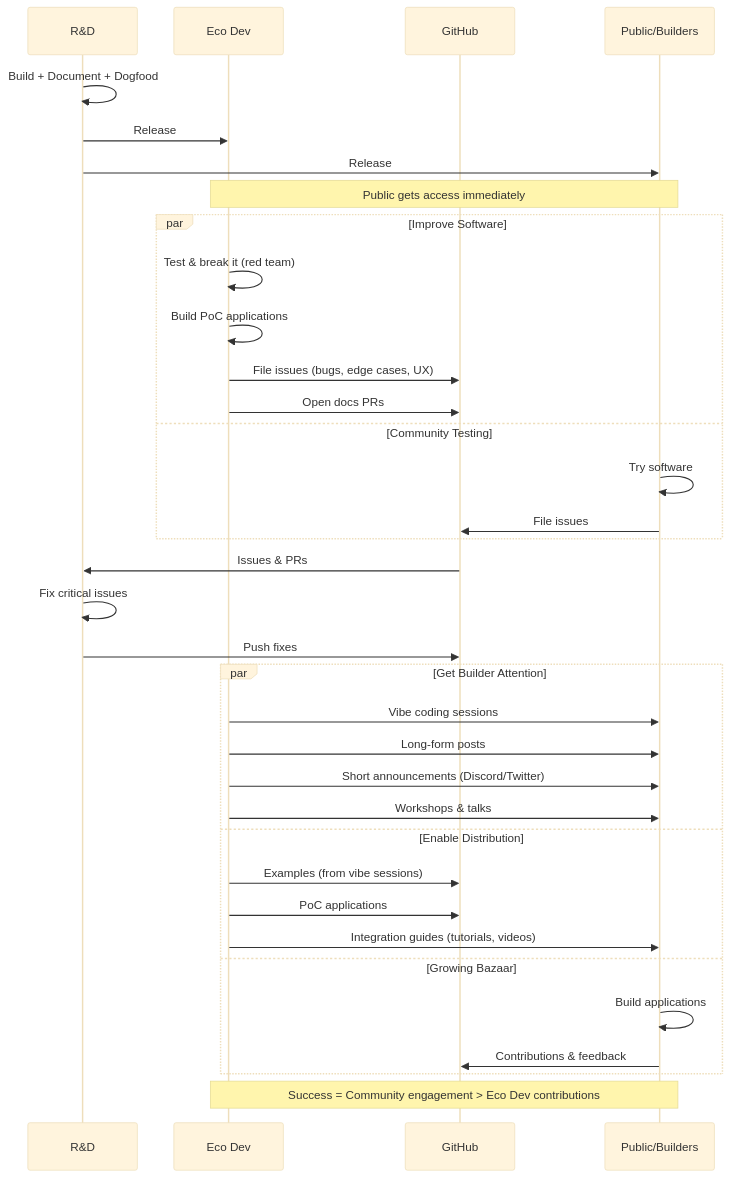
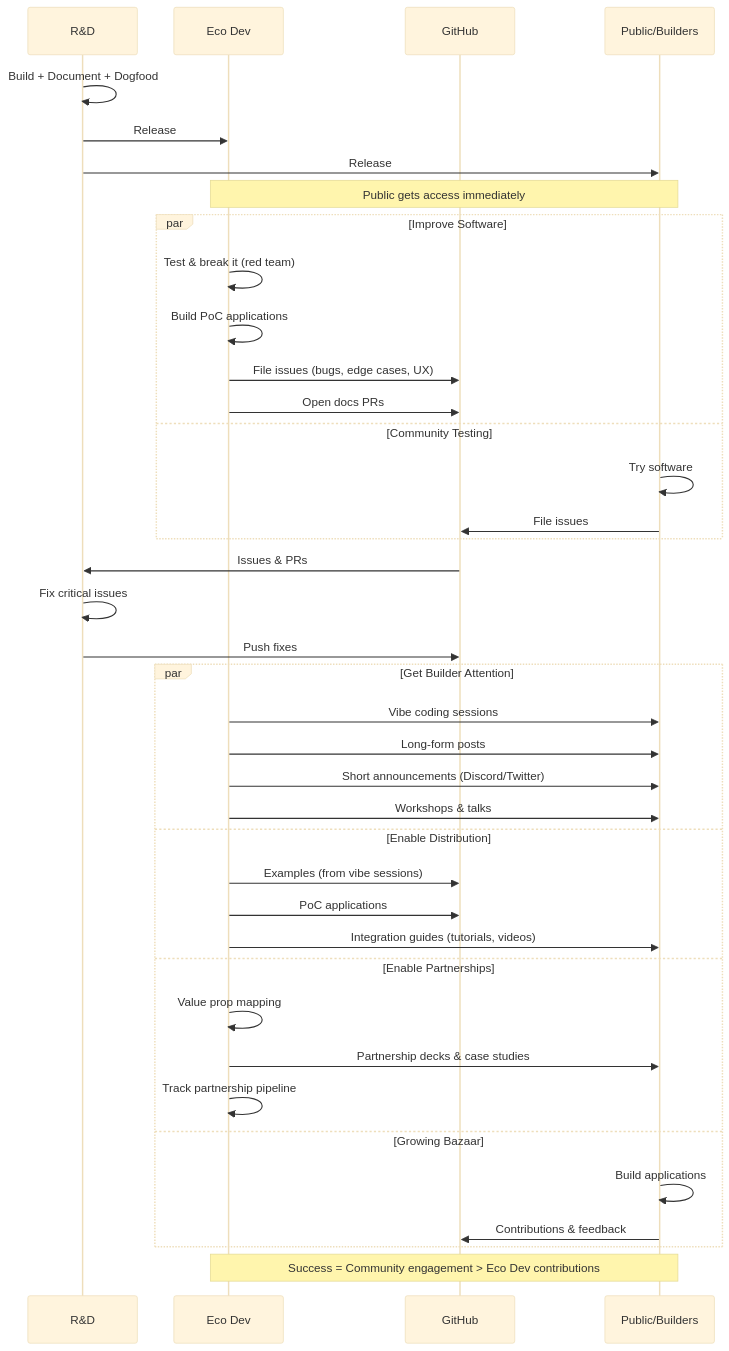
The diagram in content/handoff.md (logos-co/ecosystem), drawn with Mermaid (base theme) before and after one commit. The commit also changed other lines of this file, not shown here.

````diff
--- a/content/handoff.md
+++ b/content/handoff.md
@@ -81,43 +95,47 @@
 ```mermaid
 sequenceDiagram
     participant RD as R&D
     participant ED as Eco Dev
     participant GH as GitHub
     participant PUB as Public/Builders
 
     RD->>RD: Build + Document + Dogfood
     RD->>ED: Release
     RD->>PUB: Release
 
     Note over ED,PUB: Public gets access immediately
 
     par Improve Software
         ED->>ED: Test & break it (red team)
         ED->>ED: Build PoC applications
         ED->>GH: File issues (bugs, edge cases, UX)
         ED->>GH: Open docs PRs
     and Community Testing
         PUB->>PUB: Try software
         PUB->>GH: File issues
     end
 
     GH->>RD: Issues & PRs
     RD->>RD: Fix critical issues
     RD->>GH: Push fixes
 
     par Get Builder Attention
         ED->>PUB: Vibe coding sessions
         ED->>PUB: Long-form posts
         ED->>PUB: Short announcements (Discord/Twitter)
         ED->>PUB: Workshops & talks
     and Enable Distribution
         ED->>GH: Examples (from vibe sessions)
         ED->>GH: PoC applications
         ED->>PUB: Integration guides (tutorials, videos)
+    and Enable Partnerships
+        ED->>ED: Value prop mapping
+        ED->>PUB: Partnership decks & case studies
+        ED->>ED: Track partnership pipeline
     and Growing Bazaar
         PUB->>PUB: Build applications
         PUB->>GH: Contributions & feedback
     end
 
     Note over ED,PUB: Success = Community engagement > Eco Dev contributions
 ```
````
